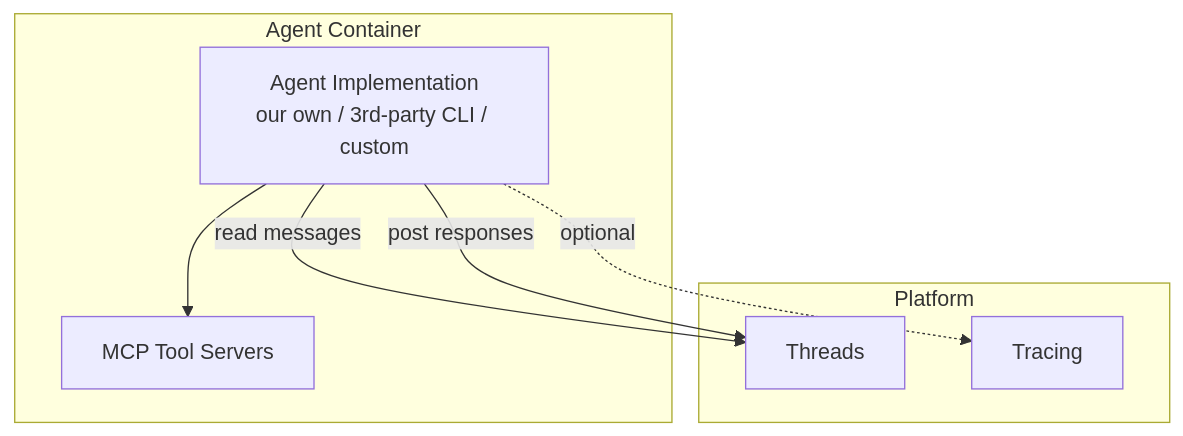
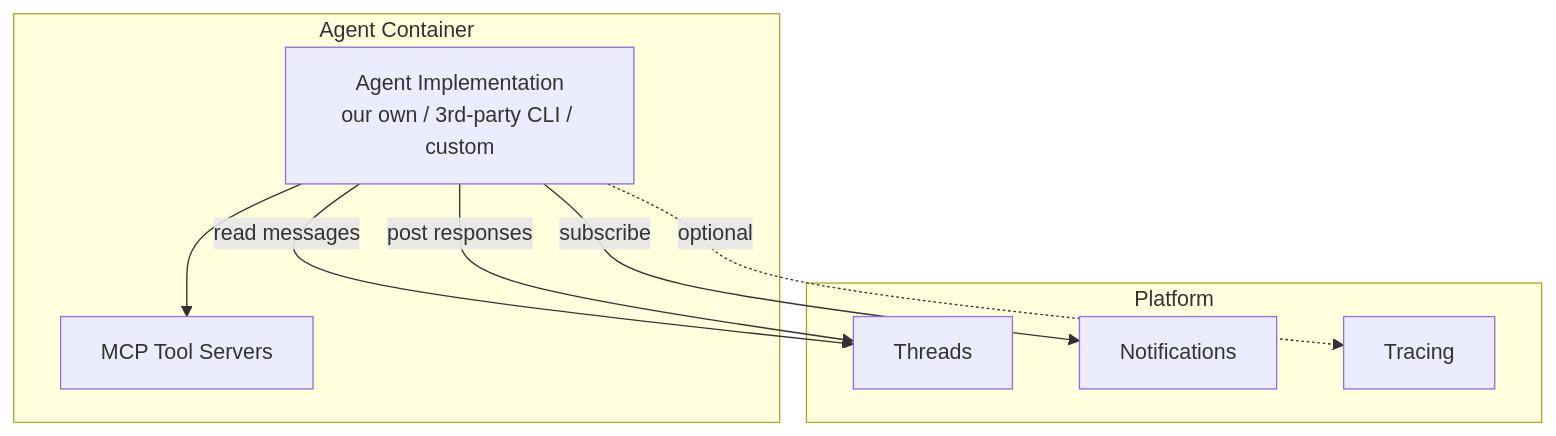
One commit to agynio/architecture changed the first of 4 diagrams in architecture/agent/overview.md. Above: the diagram before and after it, drawn with Mermaid. The commit also changed other lines of this file and 2 other files, not shown here.

First line of the commit message:
Decide agent protocol: pull + notifications

````diff
--- a/architecture/agent/overview.md
+++ b/architecture/agent/overview.md
@@ -13,17 +13,19 @@
 ```mermaid
 graph TB
     subgraph "Agent Container"
         Impl[Agent Implementation<br/>our own / 3rd-party CLI / custom]
         MCP[MCP Tool Servers]
         Impl --> MCP
     end
 
     subgraph Platform
         Threads
+        Notifications
         Tracing
     end
 
     Impl -->|read messages| Threads
     Impl -->|post responses| Threads
+    Impl -->|subscribe| Notifications
     Impl -.->|optional| Tracing
 ```
````
